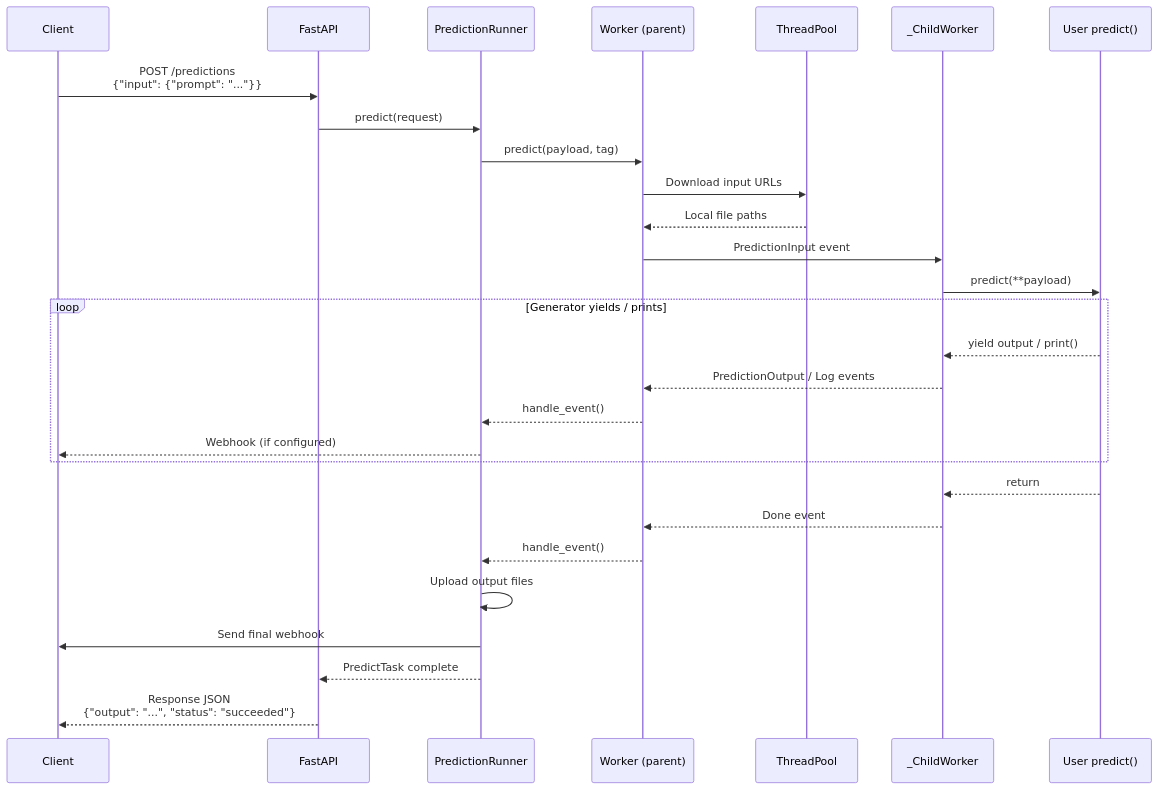
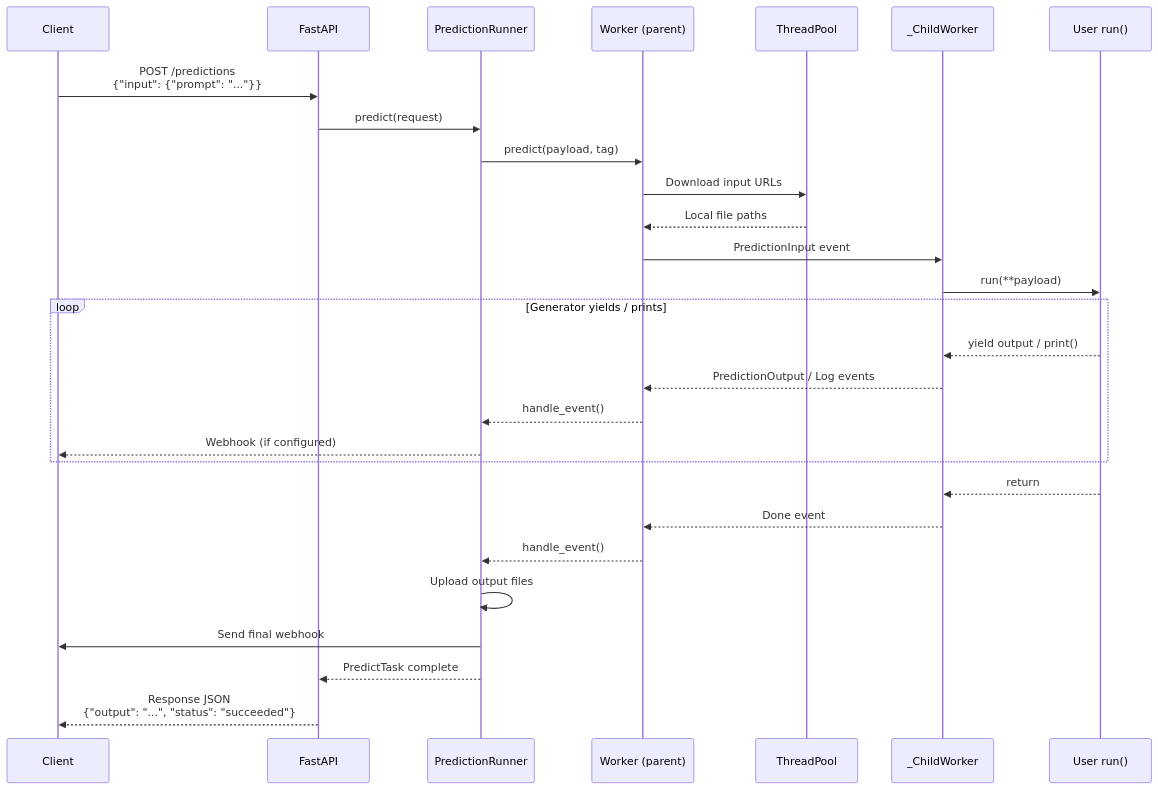
The third of 7 diagrams in architecture/legacy/04-container-runtime.md (replicate/cog), drawn with Mermaid before and after one commit. The commit also changed other lines of this file and 21 other files, not shown here.

First line of the commit message:
Update all documentation to use run/Runner terminology

````diff
--- a/architecture/legacy/04-container-runtime.md
+++ b/architecture/legacy/04-container-runtime.md
@@ -129,37 +129,37 @@
 ```mermaid
 sequenceDiagram
     participant Client
     participant FastAPI
     participant Runner as PredictionRunner
     participant Worker as Worker (parent)
     participant Pool as ThreadPool
     participant Child as _ChildWorker
-    participant Predictor as User predict()
+    participant UserRunner as User run()
 
     Client->>FastAPI: POST /predictions<br/>{"input": {"prompt": "..."}}
     FastAPI->>Runner: predict(request)
     Runner->>Worker: predict(payload, tag)
     
     Worker->>Pool: Download input URLs
     Pool-->>Worker: Local file paths
     
     Worker->>Child: PredictionInput event
-    Child->>Predictor: predict(**payload)
+    Child->>UserRunner: run(**payload)
     
     loop Generator yields / prints
-        Predictor-->>Child: yield output / print()
+        UserRunner-->>Child: yield output / print()
         Child-->>Worker: PredictionOutput / Log events
         Worker-->>Runner: handle_event()
         Runner-->>Client: Webhook (if configured)
     end
     
-    Predictor-->>Child: return
+    UserRunner-->>Child: return
     Child-->>Worker: Done event
     Worker-->>Runner: handle_event()
     
     Runner->>Runner: Upload output files
     Runner->>Client: Send final webhook
     
     Runner-->>FastAPI: PredictTask complete
     FastAPI-->>Client: Response JSON<br/>{"output": "...", "status": "succeeded"}
 ```
````
